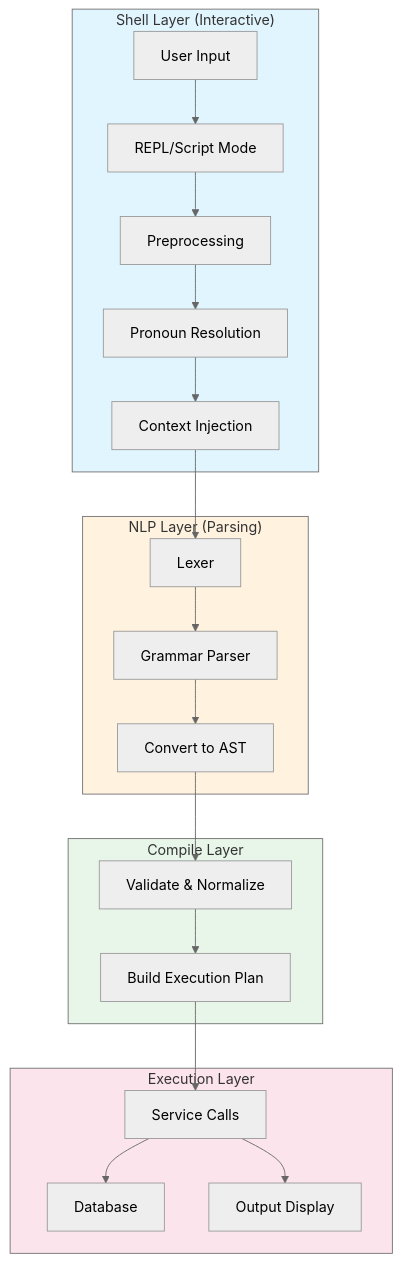
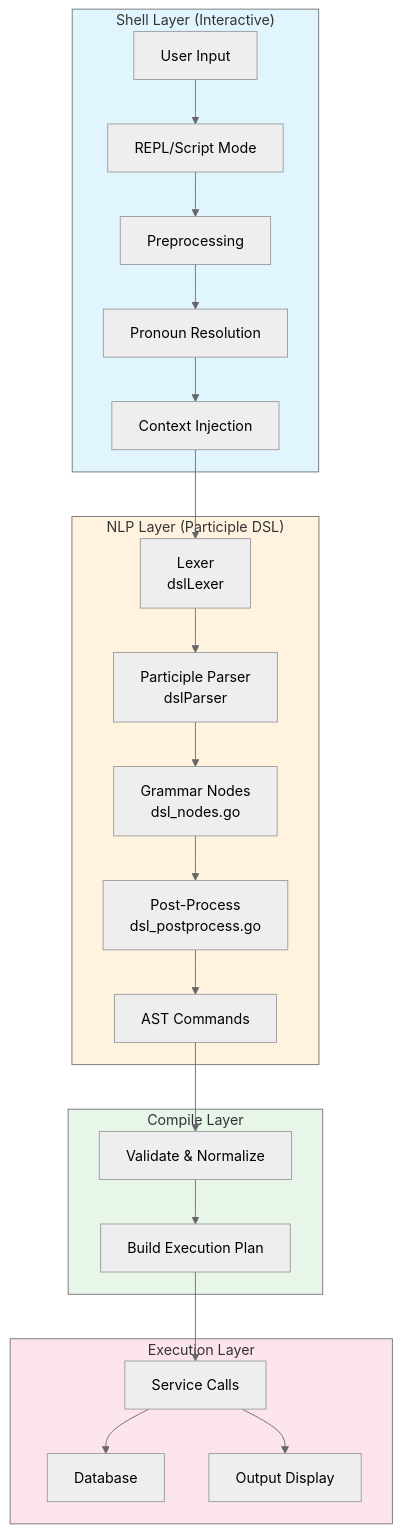
The first of 9 diagrams in docs/shell-and-dsl.md (mholtzscher/ugh), drawn with Mermaid (neutral theme) before and after one commit. The commit also changed other lines of this file and 12 other files, not shown here.

First line of the commit message:
refactor(nlp): migrate from token-stream to structured participle grammar (#42)

````diff
--- a/docs/shell-and-dsl.md
+++ b/docs/shell-and-dsl.md
@@ -9,31 +9,33 @@
 ```mermaid
 flowchart TD
     subgraph Shell["Shell Layer (Interactive)"]
         A[User Input] --> B[REPL/Script Mode]
         B --> C[Preprocessing]
         C --> D[Pronoun Resolution]
         D --> E[Context Injection]
     end
 
-    subgraph NLP["NLP Layer (Parsing)"]
-        E --> F[Lexer]
-        F --> G[Grammar Parser]
-        G --> H[Convert to AST]
+    subgraph NLP["NLP Layer (Participle DSL)"]
+        E --> F[Lexer<br/>dslLexer]
+        F --> G[Participle Parser<br/>dslParser]
+        G --> H[Grammar Nodes<br/>dsl_nodes.go]
+        H --> I[Post-Process<br/>dsl_postprocess.go]
+        I --> J[AST Commands]
     end
 
     subgraph Compile["Compile Layer"]
-        H --> I[Validate & Normalize]
-        I --> J[Build Execution Plan]
+        J --> K[Validate & Normalize]
+        K --> L[Build Execution Plan]
     end
 
     subgraph Execute["Execution Layer"]
-        J --> K[Service Calls]
-        K --> L[Database]
-        K --> M[Output Display]
+        L --> M[Service Calls]
+        M --> N[Database]
+        M --> O[Output Display]
     end
 
     style Shell fill:#e1f5fe
     style NLP fill:#fff3e0
     style Compile fill:#e8f5e9
     style Execute fill:#fce4ec
 ```
````
